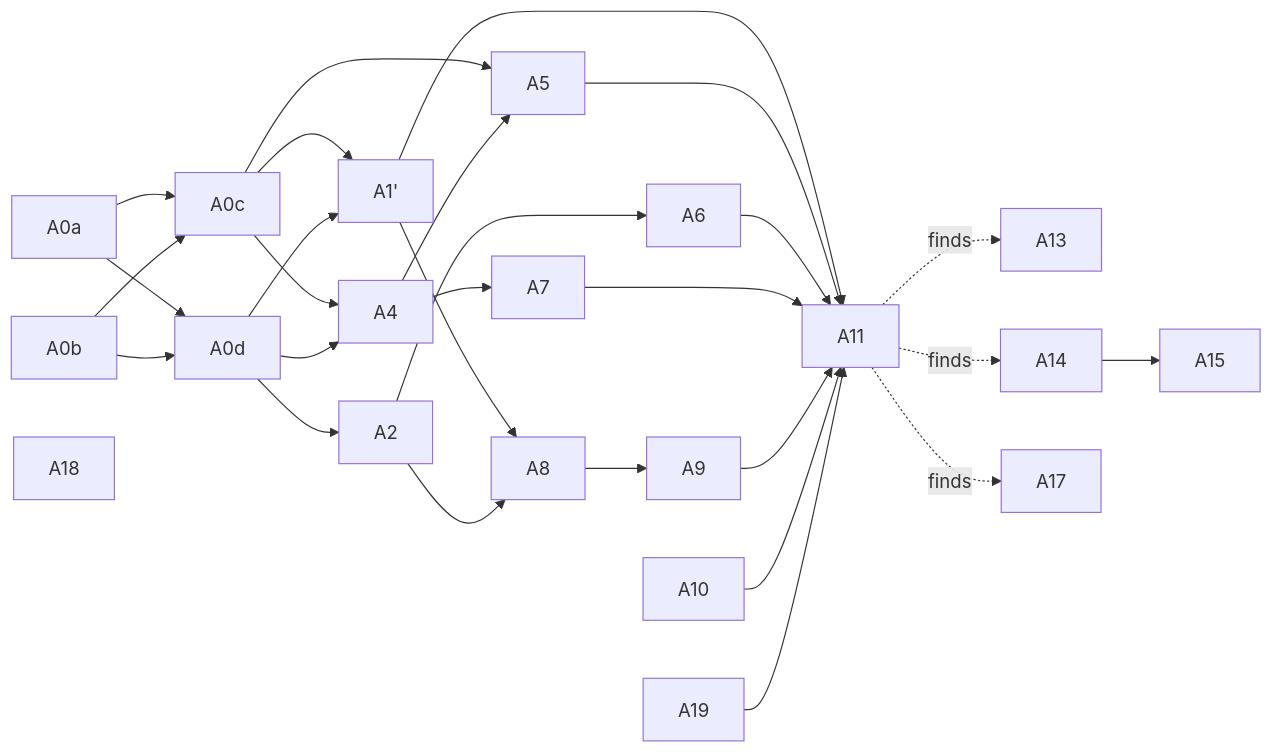
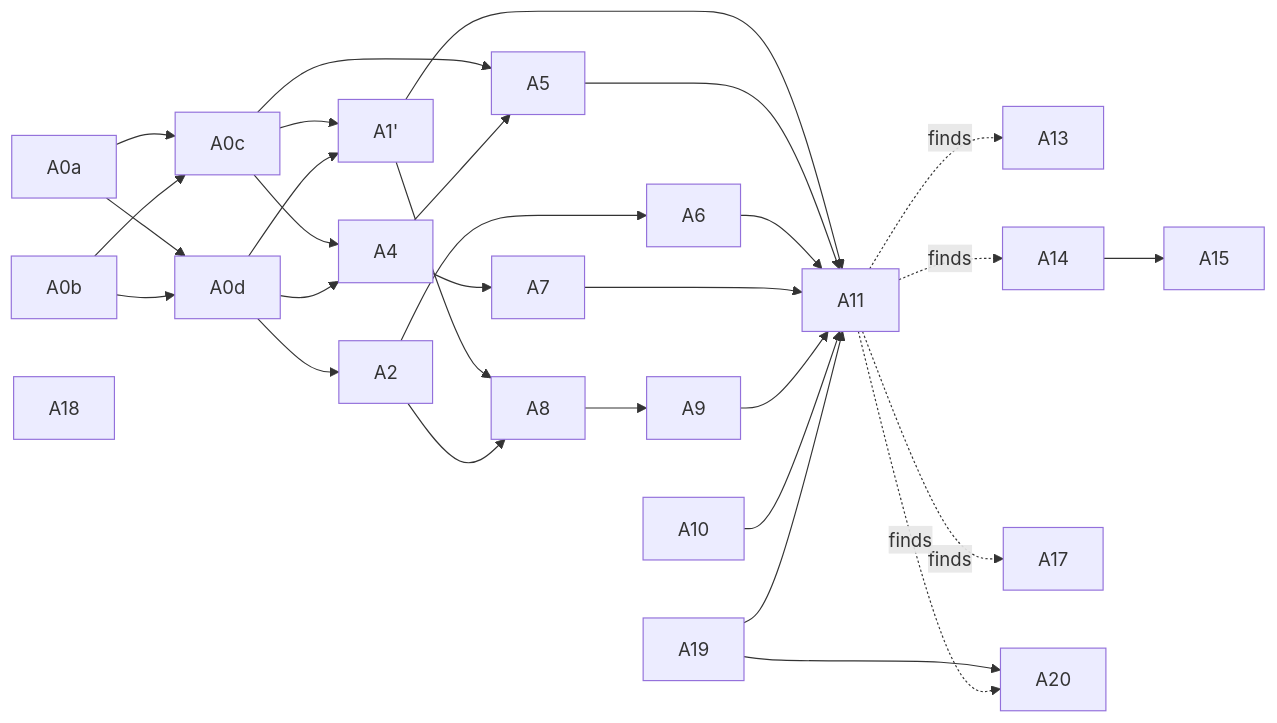
Before and after one commit to Rainnystone/larkent: the diagram in docs/specs/automations/tickets/README.md, drawn with Mermaid. The commit also changed other lines of this file and 1 other file, not shown here.

Commit message:
docs(automations): add ticket A20 for board tap refresh and unchecked card.update

````diff
--- a/docs/specs/automations/tickets/README.md
+++ b/docs/specs/automations/tickets/README.md
@@ -48,27 +49,29 @@
 ```mermaid
 graph LR
   A0a --> A0c
   A0b --> A0c
   A0a --> A0d
   A0b --> A0d
   A0c --> A1p["A1'"]
   A0d --> A1p
   A0d --> A2
   A0c --> A4
   A0d --> A4
   A0c --> A5
   A4 --> A5
   A2 --> A6
   A4 --> A7
   A1p --> A8
   A2 --> A8
   A8 --> A9
   A10
   A1p & A5 & A6 & A7 & A9 & A10 --> A11
   A11 -.finds.-> A13
   A11 -.finds.-> A14
   A14 --> A15
   A11 -.finds.-> A17
   A18
   A19 --> A11
+  A19 --> A20
+  A11 -.finds.-> A20
 ```
````
